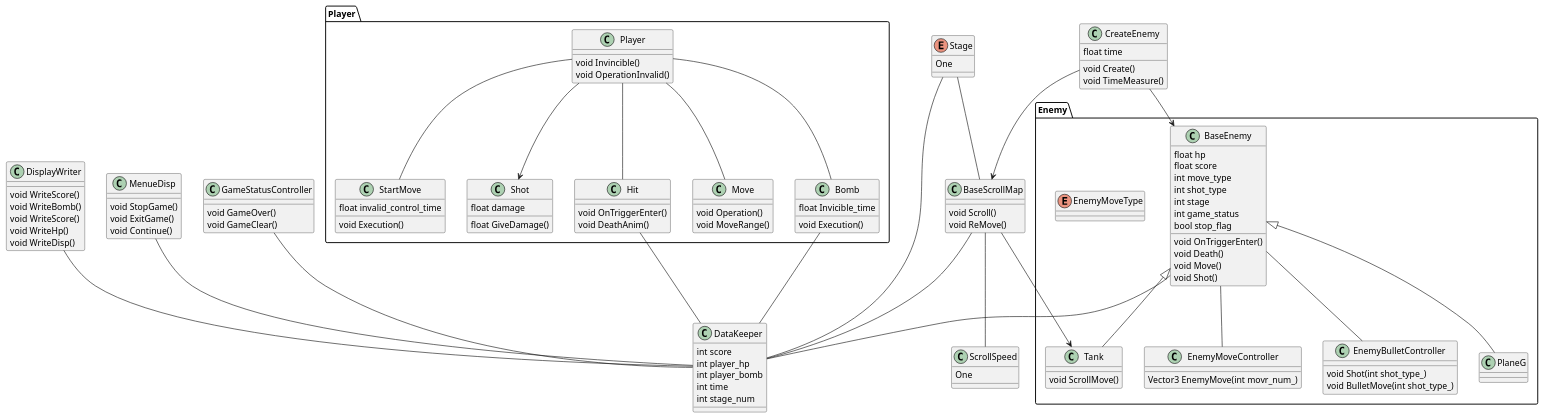
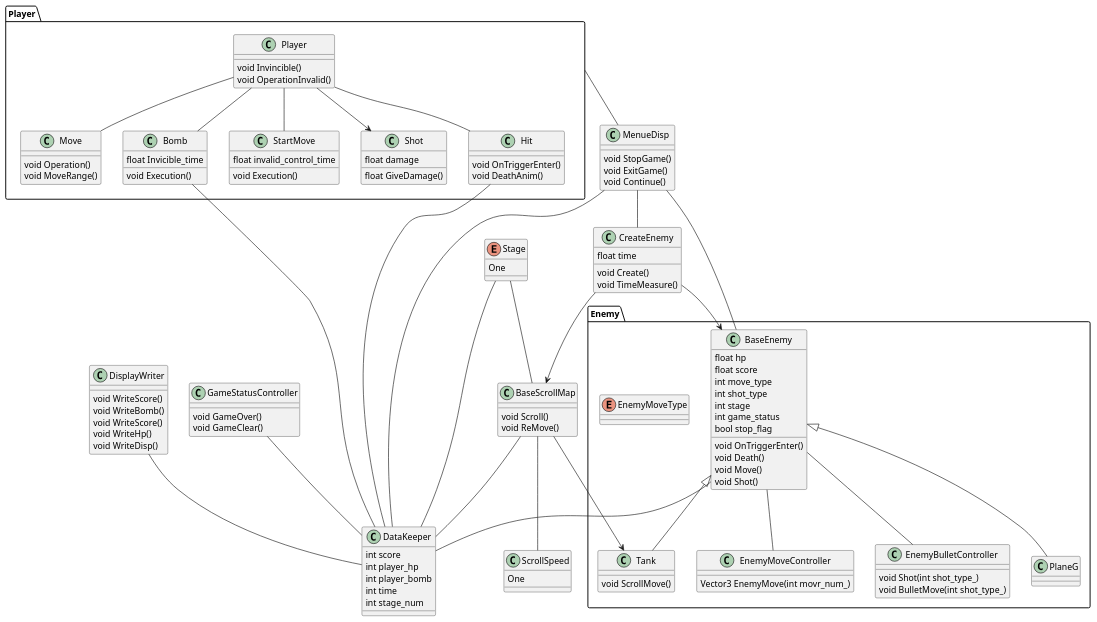
The diagram in proj_class.pu (m0bec/RePixFighter), drawn with PlantUML before and after one commit. The commit also changed 3 other files, not shown here.

```diff
--- a/proj_class.pu
+++ b/proj_class.pu
@@ -1,140 +1,143 @@
 @startuml{image html RePixFighter_class.png}
 
 class DataKeeper{
     int score
     int player_hp
     int player_bomb
     int time
     int stage_num
 }
 
 enum Stage{
     One
 }
 Stage -- DataKeeper
 Stage -- BaseScrollMap
 
 package Player{
     class Player{
         void Invincible()
         void OperationInvalid()
     }
 
     class Shot{
         float damage
         float GiveDamage()
     }
     Player --> Shot
 
     class Hit{
         void OnTriggerEnter()
         void DeathAnim()
     }
     Player -- Hit
     Hit -- DataKeeper
 
     class Move{
         void Operation()
         void MoveRange()
     }
     Player -- Move
 
     class Bomb{
         float Invicible_time
         void Execution()
     }
     Player -- Bomb
     Bomb -- DataKeeper
 
     class StartMove{
         void Execution()
         float invalid_control_time
     }
     Player -- StartMove
 }
 
 package Enemy{
     class BaseEnemy{
         float hp
         float score
         int move_type
         int shot_type
         int stage
         int game_status
         bool stop_flag
         void OnTriggerEnter()
         void Death()
         void Move()
         void Shot()
     }
     BaseEnemy -- DataKeeper
     BaseEnemy -- EnemyMoveController
     BaseEnemy -- EnemyBulletController
 
     class EnemyMoveController{
         Vector3 EnemyMove(int movr_num_)
     }
 
     class EnemyBulletController{
         void Shot(int shot_type_)
         void BulletMove(int shot_type_)
     }
 
     enum EnemyMoveType{
 
     }
 
     class Tank{
         void ScrollMove()
     }
     BaseEnemy <|-- Tank
 
     class PlaneG{
 
     }
     BaseEnemy <|-- PlaneG
 
 }
 
 class CreateEnemy{
     float time
     void Create()
     void TimeMeasure()
 }
 CreateEnemy --> BaseEnemy
 CreateEnemy --> BaseScrollMap
 
 class ScrollSpeed{
     One
 }
 class BaseScrollMap{
     void Scroll()
     void ReMove()
 }
 BaseScrollMap --> Tank
 BaseScrollMap -- DataKeeper
 BaseScrollMap -- ScrollSpeed
 
 class DisplayWriter{
     void WriteScore()
     void WriteBomb()
     void WriteScore()
     void WriteHp()
     void WriteDisp()
 }
 DisplayWriter -- DataKeeper
 
 class MenueDisp{
     void StopGame()
     void ExitGame()
     void Continue()
 }
 MenueDisp -- DataKeeper
+Player -- MenueDisp
+MenueDisp -- CreateEnemy
+MenueDisp -- BaseEnemy
 
 class GameStatusController{
     void GameOver()
     void GameClear()
 }
 GameStatusController -- DataKeeper
 
 @enduml
```
